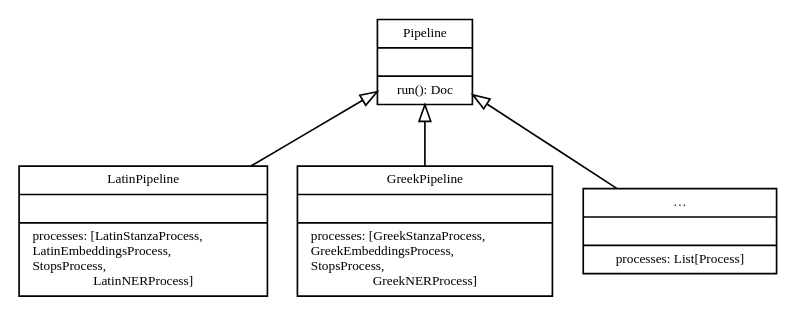
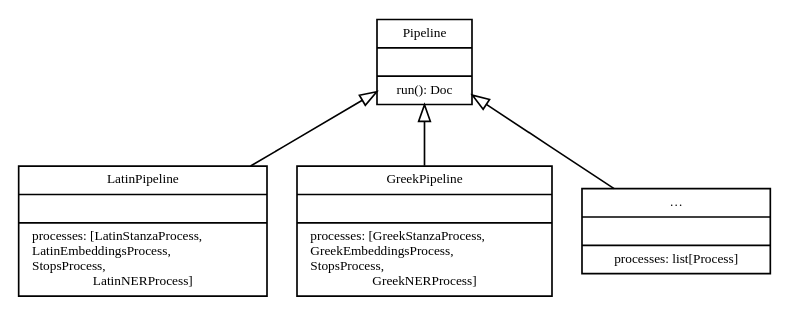
One commit to cltk/cltk changed the diagram in docs/pipelines.rst. Above: the diagram before and after it, drawn with Graphviz. The commit also changed 63 other files, not shown here.

```diff
--- a/docs/pipelines.rst
+++ b/docs/pipelines.rst
@@ -19,38 +19,38 @@
 .. graphviz::
    :caption: Inheritance of ``Pipeline`` class
    :name: pipelineGraph
 
    digraph Pipeline {
      fontname = "Bitstream Vera Sans"
      fontsize = 8
 
      node [
        fontname = "Bitstream Vera Sans"
        fontsize = 8
        shape = "record"
      ]
 
      edge [
        arrowtail = "empty"
      ]
 
      Pipeline [
        label = "{Pipeline|\l| run(): Doc}"
      ]
 
      LatinPipeline [
        label = "{LatinPipeline|\l|processes: [LatinStanzaProcess,\l LatinEmbeddingsProcess,\l StopsProcess,\l LatinNERProcess]}"
      ]
 
      GreekPipeline [
        label = "{GreekPipeline|\l|processes: [GreekStanzaProcess,\l GreekEmbeddingsProcess,\l StopsProcess,\l GreekNERProcess]}"
      ]
 
      EtcPipeline [
-       label = "{…|\l|processes: List[Process]}"
+       label = "{…|\l|processes: list[Process]}"
      ]
 
      Pipeline -> LatinPipeline [dir=back]
      Pipeline -> GreekPipeline [dir=back]
      Pipeline -> EtcPipeline [dir=back]
    }
```
